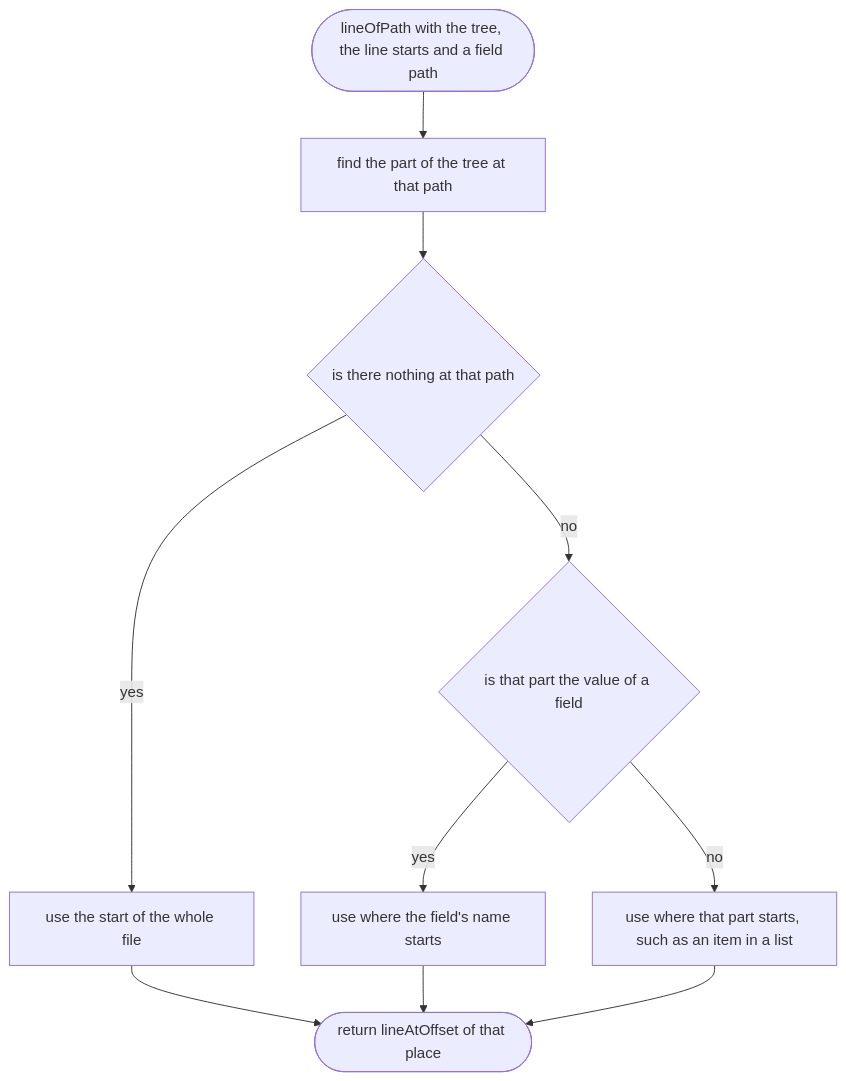
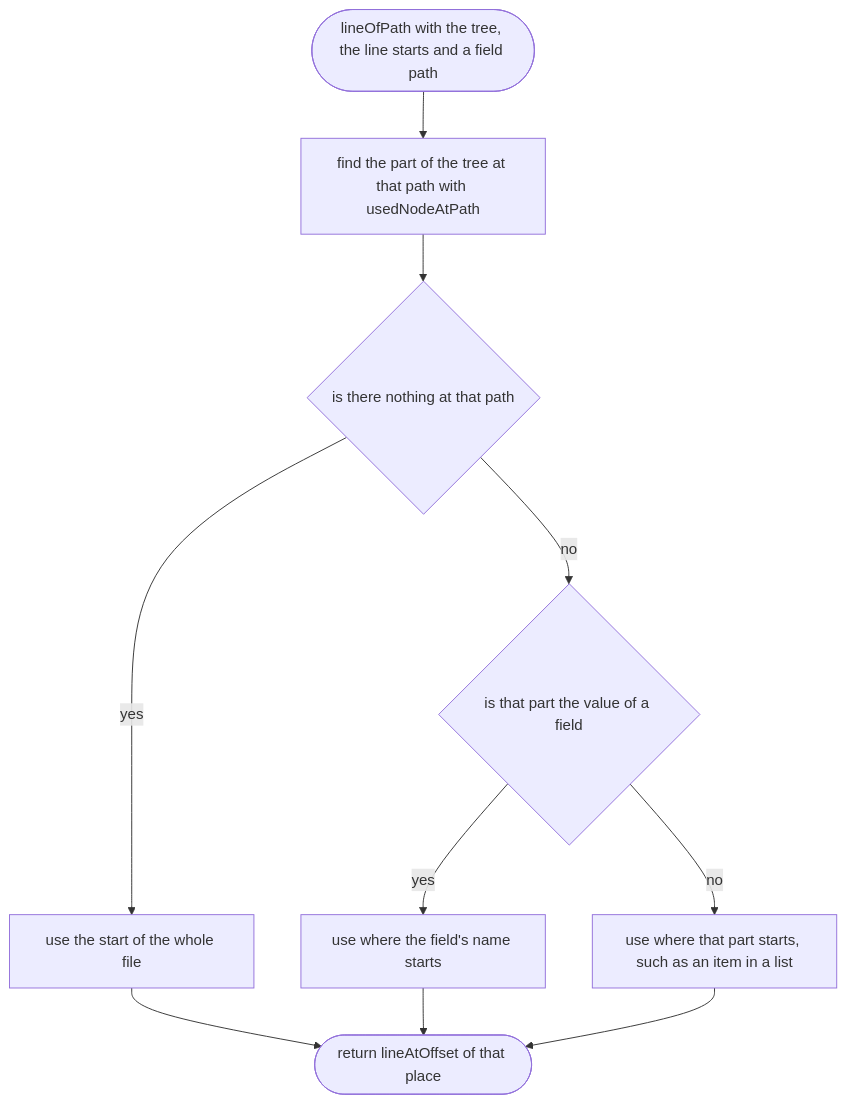
Before and after one commit to NewDara-Star/world-engine: the fourth of 8 diagrams in docs/designs/src/place/json-text.md, drawn with Mermaid. The commit also changed other lines of this file and 10 other files, not shown here.

````diff
--- a/docs/designs/src/place/json-text.md
+++ b/docs/designs/src/place/json-text.md
@@ -58,20 +87,20 @@
 ```mermaid
 flowchart TD
   s(["lineOfPath with the tree, the line starts and a field path"])
-  a["find the part of the tree at that path"]
+  a["find the part of the tree at that path with usedNodeAtPath"]
   b{"is there nothing at that path"}
   c["use the start of the whole file"]
   d{"is that part the value of a field"}
   e["use where the field's name starts"]
   f["use where that part starts, such as an item in a list"]
   g(["return lineAtOffset of that place"])
   s --> a
   a --> b
   b -->|"yes"| c
   b -->|"no"| d
   d -->|"yes"| e
   d -->|"no"| f
   c --> g
   e --> g
   f --> g
 ```
````
